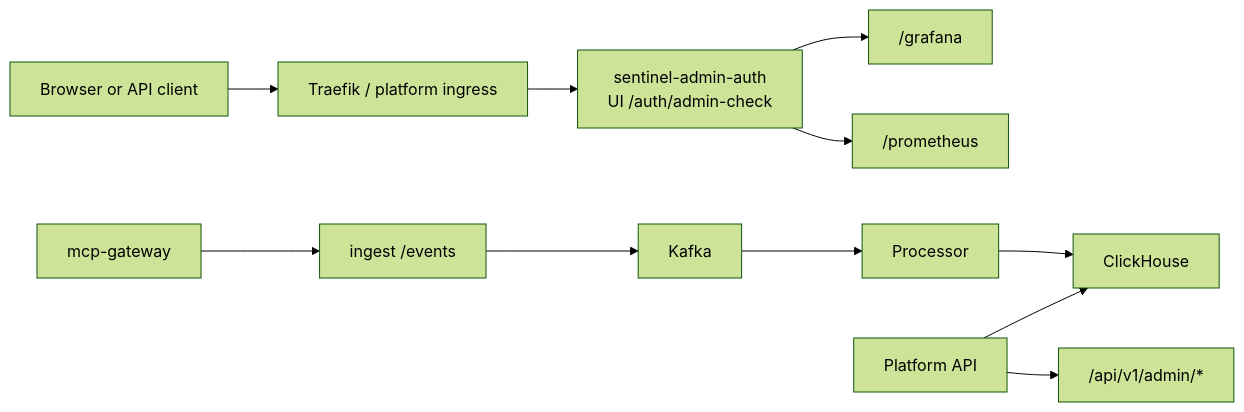
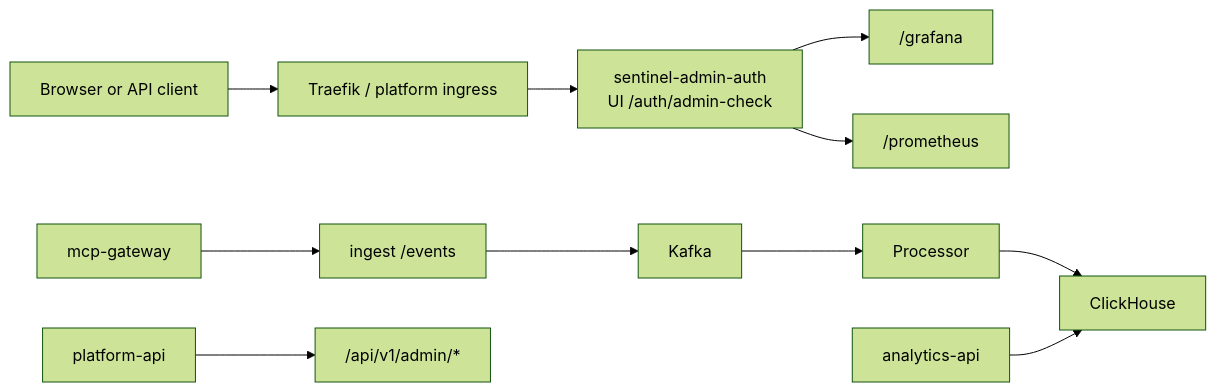
One commit to Agent-Hellboy/mcp-runtime changed the ninth of 9 diagrams in docs/internals/request-flows.md. Above: the diagram before and after it, drawn with Mermaid (forest theme). The commit also changed other lines of this file and 24 other files, not shown here.

````diff
--- a/docs/internals/request-flows.md
+++ b/docs/internals/request-flows.md
@@ -315,13 +323,13 @@
 ```mermaid
 flowchart LR
     Browser["Browser or API client"] --> Ingress["Traefik / platform ingress"]
     Ingress --> Auth["sentinel-admin-auth\nUI /auth/admin-check"]
     Auth --> Grafana["/grafana"]
     Auth --> Prometheus["/prometheus"]
     Gateway["mcp-gateway"] --> Ingest["ingest /events"]
     Ingest --> Kafka
     Kafka --> Processor
     Processor --> ClickHouse
-    API["Platform API"] --> ClickHouse
-    API --> Admin["/api/v1/admin/*"]
+    Analytics["analytics-api"] --> ClickHouse
+    Platform["platform-api"] --> Admin["/api/v1/admin/*"]
 ```
````
